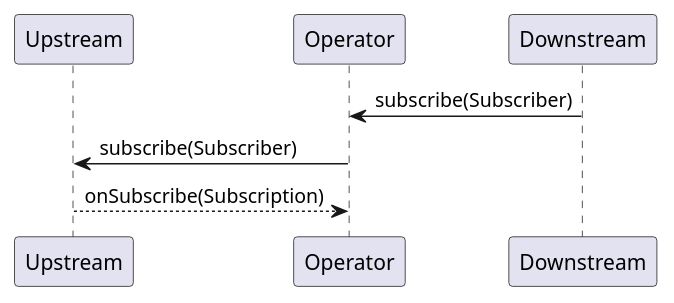
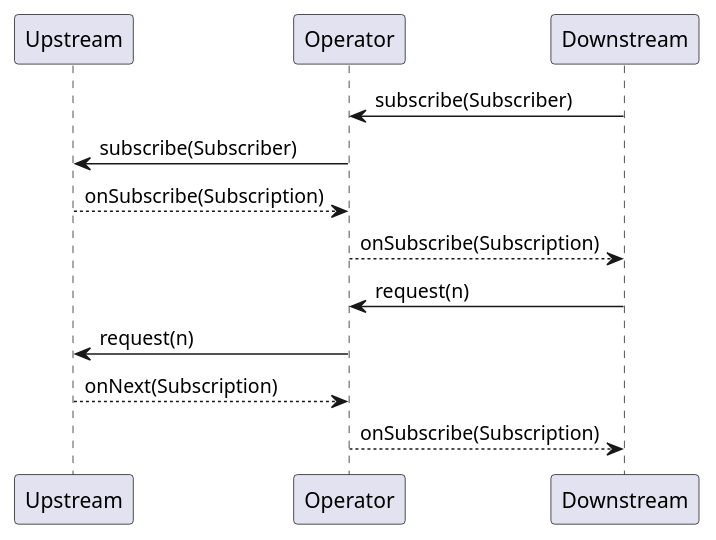
One commit to yanghoon/obsidian-workspace changed the second of 2 diagrams in _diary/2024-06-18.md. Above: the diagram before and after it, drawn with PlantUML.

Commit message:
vault backup: 2024-06-19 00:41:41

````diff
--- a/_diary/2024-06-18.md
+++ b/_diary/2024-06-18.md
@@ -39,13 +39,20 @@
 ```plantuml
 @startuml
 
 participant Upstream as Up
 participant Operator as Ops
 participant Downstream as Down
 
 Down -> Ops: subscribe(Subscriber)
 Ops -> Up: subscribe(Subscriber)
 Ops <-- Up: onSubscribe(Subscription)
+Down <-- Ops: onSubscribe(Subscription)
+
+Down -> Ops: request(n)
+Ops -> Up: request(n)
+Ops <-- Up: onNext(Subscription)
+Down <-- Ops: onSubscribe(Subscription)
+
 
 @enduml
 ```
````
